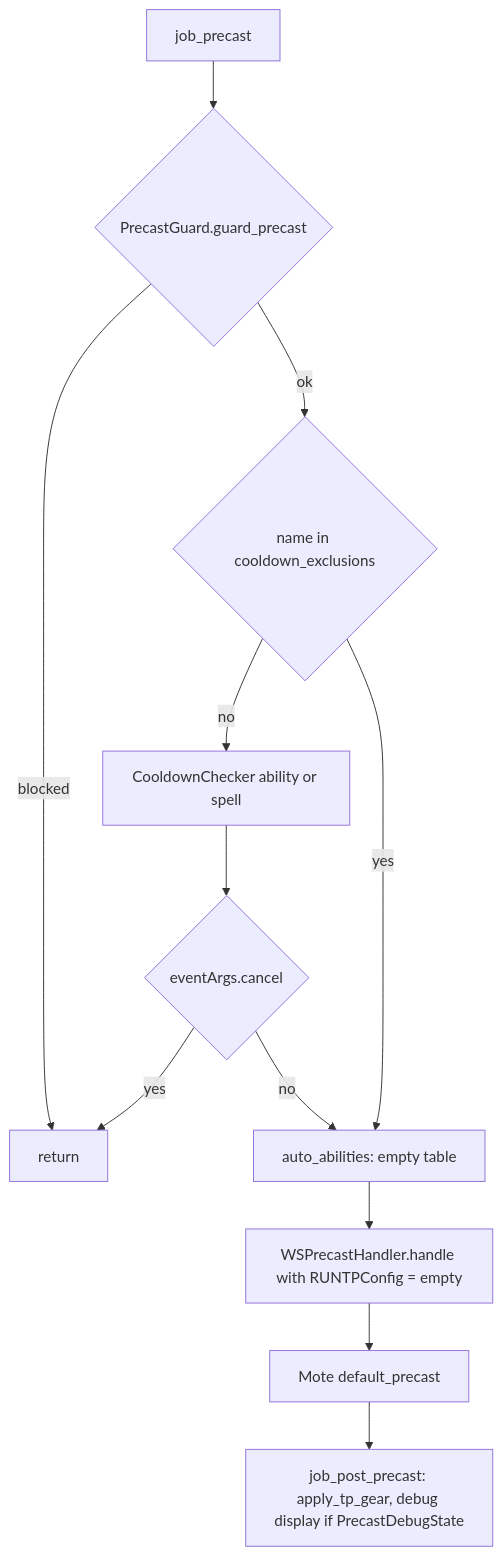
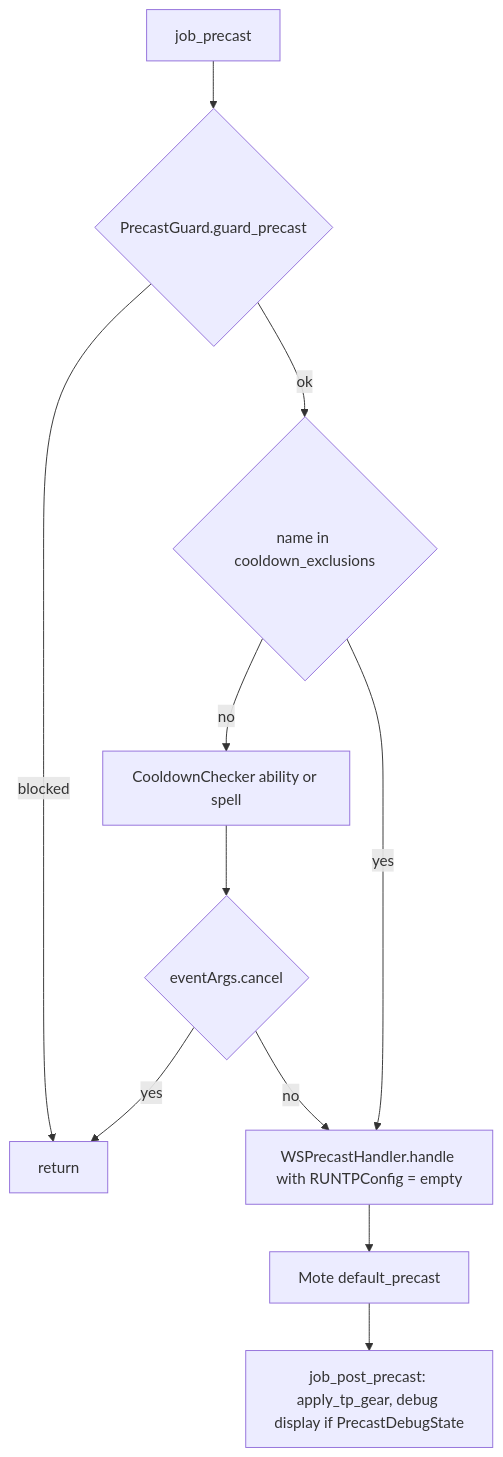
One commit to ejouanchicot/Gearswap changed the second of 3 diagrams in docs/dev/jobs/run.md. Above: the diagram before and after it, drawn with Mermaid. The commit also changed other lines of this file and 81 other files, not shown here.

````diff
--- a/docs/dev/jobs/run.md
+++ b/docs/dev/jobs/run.md
@@ -120,14 +122,13 @@
 ```mermaid
 flowchart TD
     A[job_precast] --> B{PrecastGuard.guard_precast}
     B -- blocked --> Z[return]
     B -- ok --> C{name in cooldown_exclusions}
     C -- no --> D[CooldownChecker ability or spell]
     D --> E{eventArgs.cancel}
     E -- yes --> Z
-    E -- no --> F
-    C -- yes --> F[auto_abilities: empty table]
-    F --> G[WSPrecastHandler.handle with RUNTPConfig = empty]
+    E -- no --> G
+    C -- yes --> G[WSPrecastHandler.handle with RUNTPConfig = empty]
     G --> H[Mote default_precast]
     H --> I[job_post_precast: apply_tp_gear, debug display if PrecastDebugState]
 ```
````
